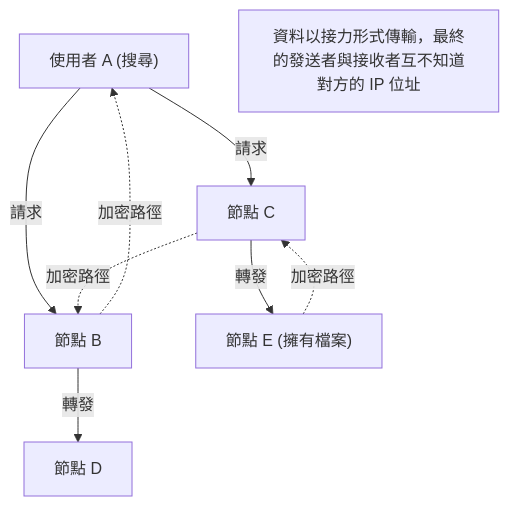
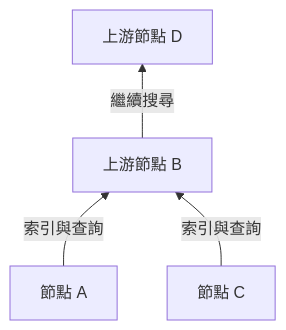
Before and after one commit to kenjinote/blog: the first of 2 diagrams in content/post/history-of-winny/index.zh-tw.md, drawn with Mermaid. The commit also changed other lines of this file and 13 other files, not shown here.

````diff
--- a/content/post/history-of-winny/index.zh-tw.md
+++ b/content/post/history-of-winny/index.zh-tw.md
@@ -52,11 +47,6 @@
 ```mermaid
-graph TD
-    NodeA["使用者 A (搜尋)"] -->|"請求"| NodeB["節點 B"]
-    NodeA -->|"請求"| NodeC["節點 C"]
-    NodeB -->|"轉發"| NodeD["節點 D"]
-    NodeC -->|"轉發"| NodeE["節點 E (擁有檔案)"]
-    NodeE -.->|"加密路徑"| NodeC
-    NodeC -.->|"加密路徑"| NodeB
-    NodeB -.->|"加密路徑"| NodeA
-    Note["資料以接力形式傳輸，最終的發送者與接收者互不知道對方的 IP 位址"]
+flowchart BT
+    A["節點 A"] -->|"索引與查詢"| B["上游節點 B"]
+    C["節點 C"] -->|"索引與查詢"| B
+    B -->|"繼續搜尋"| D["上游節點 D"]
 ```
````
